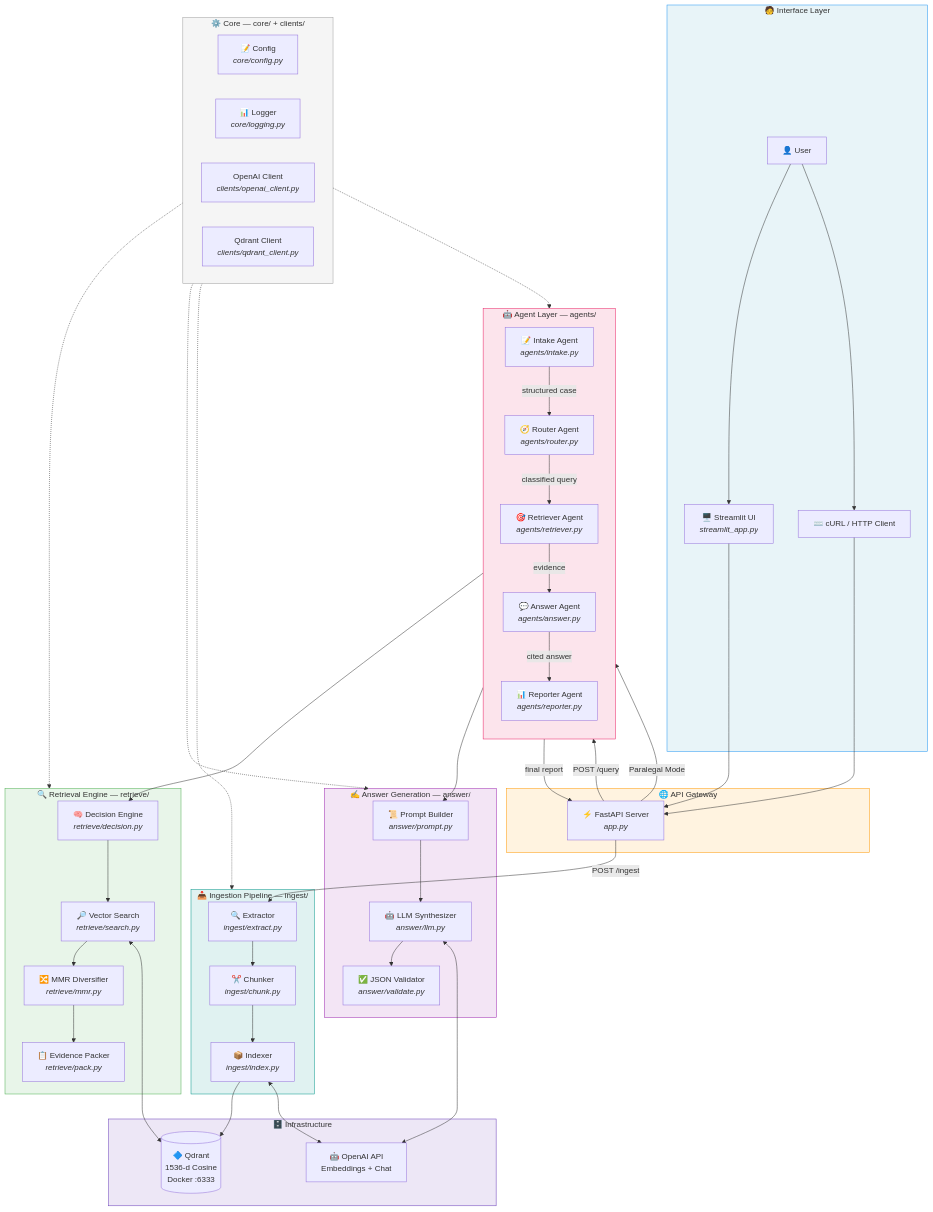
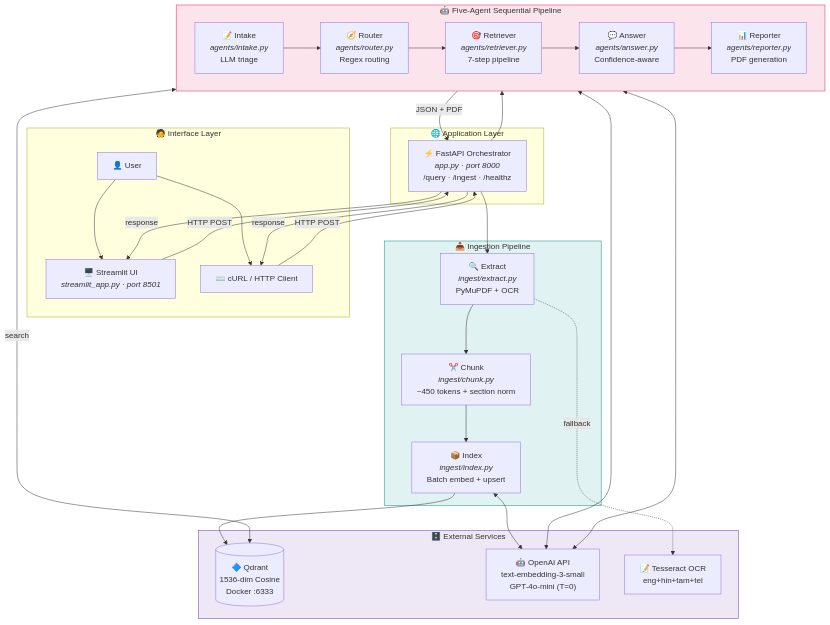
One commit to uditauniyal/legal-mvp changed the first of 8 diagrams in README.md. Above: the diagram before and after it, drawn with Mermaid. The commit also changed other lines of this file, not shown here.

Commit message:
Updated Readme with confidence scoring

````diff
--- a/README.md
+++ b/README.md
@@ -76,87 +105,51 @@
 flowchart TD
     subgraph UI["🧑 Interface Layer"]
         USER["👤 User"]
-        STUI["🖥️ Streamlit UI<br/><i>streamlit_app.py</i>"]
+        STUI["🖥️ Streamlit UI<br/><i>streamlit_app.py · port 8501</i>"]
         CURL["⌨️ cURL / HTTP Client"]
     end
 
-    subgraph API["🌐 API Gateway"]
-        FA["⚡ FastAPI Server<br/><i>app.py</i>"]
+    subgraph API["🌐 Application Layer"]
+        FA["⚡ FastAPI Orchestrator<br/><i>app.py · port 8000</i><br/>/query · /ingest · /healthz"]
     end
 
-    subgraph Agents["🤖 Agent Layer — agents/"]
-        direction TB
-        INTAKE["📝 Intake Agent<br/><i>agents/intake.py</i>"]
-        ROUTER["🧭 Router Agent<br/><i>agents/router.py</i>"]
-        RETRIEVER["🎯 Retriever Agent<br/><i>agents/retriever.py</i>"]
-        ANSWER["💬 Answer Agent<br/><i>agents/answer.py</i>"]
-        REPORTER["📊 Reporter Agent<br/><i>agents/reporter.py</i>"]
+    subgraph Agents["🤖 Five-Agent Sequential Pipeline"]
+        direction LR
+        INTAKE["📝 Intake<br/><i>agents/intake.py</i><br/>LLM triage"]
+        ROUTER["🧭 Router<br/><i>agents/router.py</i><br/>Regex routing"]
+        RETRIEVER["🎯 Retriever<br/><i>agents/retriever.py</i><br/>7-step pipeline"]
+        ANSWER["💬 Answer<br/><i>agents/answer.py</i><br/>Confidence-aware"]
+        REPORTER["📊 Reporter<br/><i>agents/reporter.py</i><br/>PDF generation"]
+        INTAKE --> ROUTER --> RETRIEVER --> ANSWER --> REPORTER
     end
 
-    subgraph Retrieval["🔍 Retrieval Engine — retrieve/"]
-        DEC["🧠 Decision Engine<br/><i>retrieve/decision.py</i>"]
-        SEARCH["🔎 Vector Search<br/><i>retrieve/search.py</i>"]
-        MMR["🔀 MMR Diversifier<br/><i>retrieve/mmr.py</i>"]
-        PACK["📋 Evidence Packer<br/><i>retrieve/pack.py</i>"]
+    subgraph Ingest["📥 Ingestion Pipeline"]
+        EXT["🔍 Extract<br/><i>ingest/extract.py</i><br/>PyMuPDF + OCR"]
+        CHK["✂️ Chunk<br/><i>ingest/chunk.py</i><br/>~450 tokens + section norm"]
+        IDX["📦 Index<br/><i>ingest/index.py</i><br/>Batch embed + upsert"]
+        EXT --> CHK --> IDX
     end
 
-    subgraph AnswerGen["✍️ Answer Generation — answer/"]
-        PROMPT["📜 Prompt Builder<br/><i>answer/prompt.py</i>"]
-        LLM["🤖 LLM Synthesizer<br/><i>answer/llm.py</i>"]
-        VALID["✅ JSON Validator<br/><i>answer/validate.py</i>"]
-    end
-
-    subgraph Ingest["📥 Ingestion Pipeline — ingest/"]
-        EXT["🔍 Extractor<br/><i>ingest/extract.py</i>"]
-        CHK["✂️ Chunker<br/><i>ingest/chunk.py</i>"]
-        IDX["📦 Indexer<br/><i>ingest/index.py</i>"]
-    end
-
-    subgraph Infra["🗄️ Infrastructure"]
-        QD[("🔷 Qdrant<br/>1536-d Cosine<br/>Docker :6333")]
-        OAI["🤖 OpenAI API<br/>Embeddings + Chat"]
-    end
-
-    subgraph Core["⚙️ Core — core/ + clients/"]
-        CFG["📝 Config<br/><i>core/config.py</i>"]
-        LOG["📊 Logger<br/><i>core/logging.py</i>"]
-        OC["OpenAI Client<br/><i>clients/openai_client.py</i>"]
-        QC["Qdrant Client<br/><i>clients/qdrant_client.py</i>"]
+    subgraph Infra["🗄️ External Services"]
+        QD[("🔷 Qdrant<br/>1536-dim Cosine<br/>Docker :6333")]
+        OAI["🤖 OpenAI API<br/>text-embedding-3-small<br/>GPT-4o-mini (T=0)"]
+        OCR["📝 Tesseract OCR<br/>eng+hin+tam+tel"]
     end
 
     USER --> STUI & CURL
-    STUI & CURL --> FA
+    STUI & CURL -->|"HTTP POST"| FA
+    FA --> INTAKE
+    FA --> EXT
+    RETRIEVER <-->|"search"| QD
+    IDX --> QD
+    RETRIEVER <--> OAI
+    ANSWER <--> OAI
+    IDX <--> OAI
+    EXT -.->|"fallback"| OCR
+    REPORTER -->|"JSON + PDF"| FA
+    FA -->|"response"| STUI & CURL
 
-    FA -->|"POST /query"| ROUTER
-    FA -->|"Paralegal Mode"| INTAKE
-    FA -->|"POST /ingest"| EXT
-
-    INTAKE -->|"structured case"| ROUTER
-    ROUTER -->|"classified query"| RETRIEVER
-    RETRIEVER --> DEC --> SEARCH --> MMR --> PACK
-    RETRIEVER -->|"evidence"| ANSWER
-    ANSWER --> PROMPT --> LLM --> VALID
-    ANSWER -->|"cited answer"| REPORTER
-    REPORTER -->|"final report"| FA
-
-    EXT --> CHK --> IDX
-
-    SEARCH <--> QD
-    IDX --> QD
-    LLM <--> OAI
-    IDX <--> OAI
-
-    Core -.-> Agents
-    Core -.-> Retrieval
-    Core -.-> AnswerGen
-    Core -.-> Ingest
-
-    style UI fill:#e8f4f8,stroke:#2196F3
-    style API fill:#fff3e0,stroke:#FF9800
     style Agents fill:#fce4ec,stroke:#E91E63
-    style Retrieval fill:#e8f5e9,stroke:#4CAF50
-    style AnswerGen fill:#f3e5f5,stroke:#9C27B0
     style Ingest fill:#e0f2f1,stroke:#009688
     style Infra fill:#ede7f6,stroke:#673AB7
-    style Core fill:#f5f5f5,stroke:#9E9E9E
 ```
````
